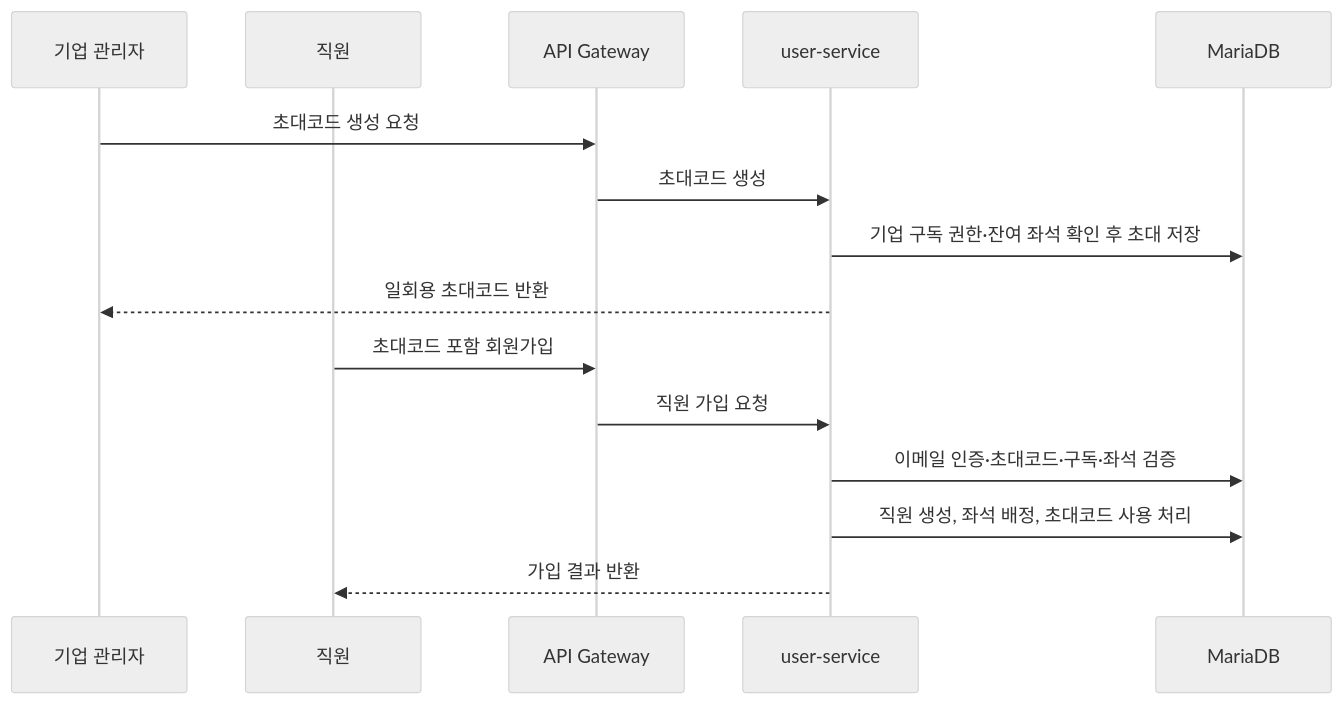
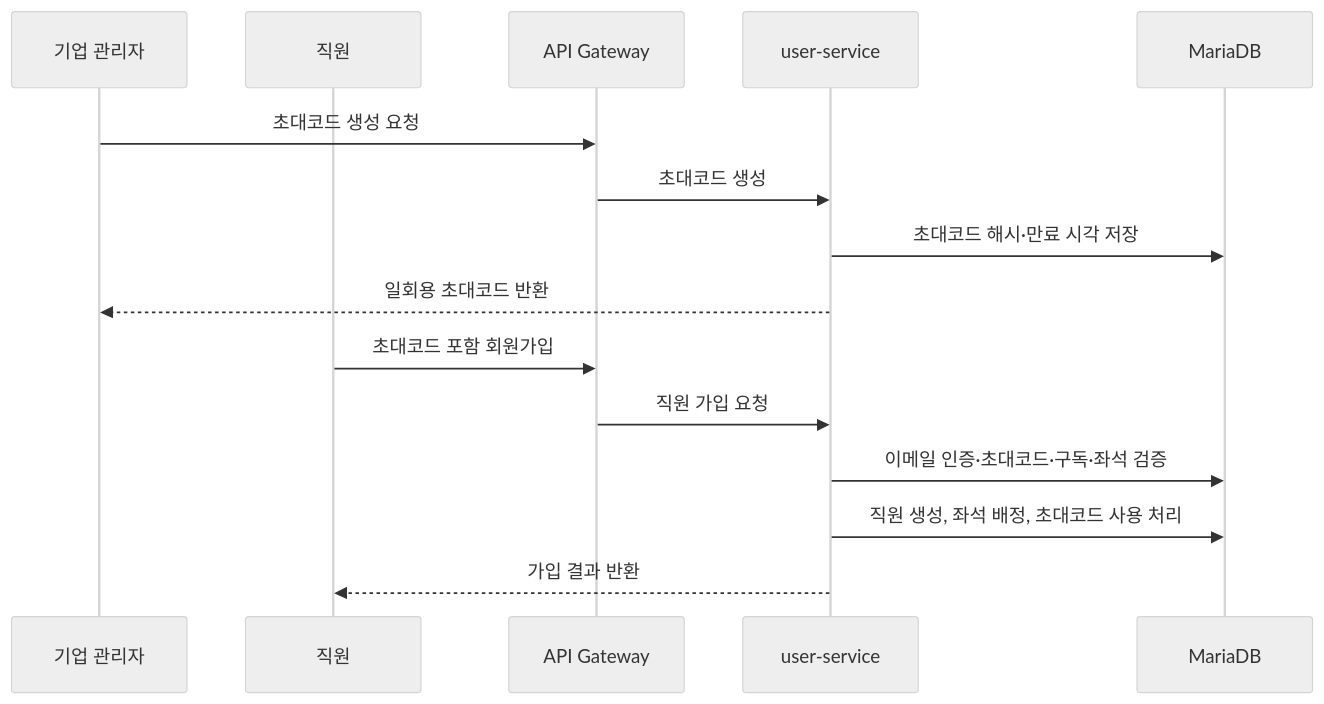
Before and after one commit to skala-msa-team/linguaroute-msa: the third of 6 diagrams in README.md, drawn with Mermaid (neutral theme).

Commit message:
docs: 직원 초대 요청 흐름을 구현과 맞춘다

````diff
--- a/README.md
+++ b/README.md
@@ -351,18 +351,18 @@
 ```mermaid
 sequenceDiagram
     participant Admin as 기업 관리자
     participant Employee as 직원
     participant GW as API Gateway
     participant US as user-service
     participant DB as MariaDB
 
     Admin->>GW: 초대코드 생성 요청
     GW->>US: 초대코드 생성
-    US->>DB: 기업 구독 권한·잔여 좌석 확인 후 초대 저장
+    US->>DB: 초대코드 해시·만료 시각 저장
     US-->>Admin: 일회용 초대코드 반환
     Employee->>GW: 초대코드 포함 회원가입
     GW->>US: 직원 가입 요청
     US->>DB: 이메일 인증·초대코드·구독·좌석 검증
     US->>DB: 직원 생성, 좌석 배정, 초대코드 사용 처리
     US-->>Employee: 가입 결과 반환
 ```
````
